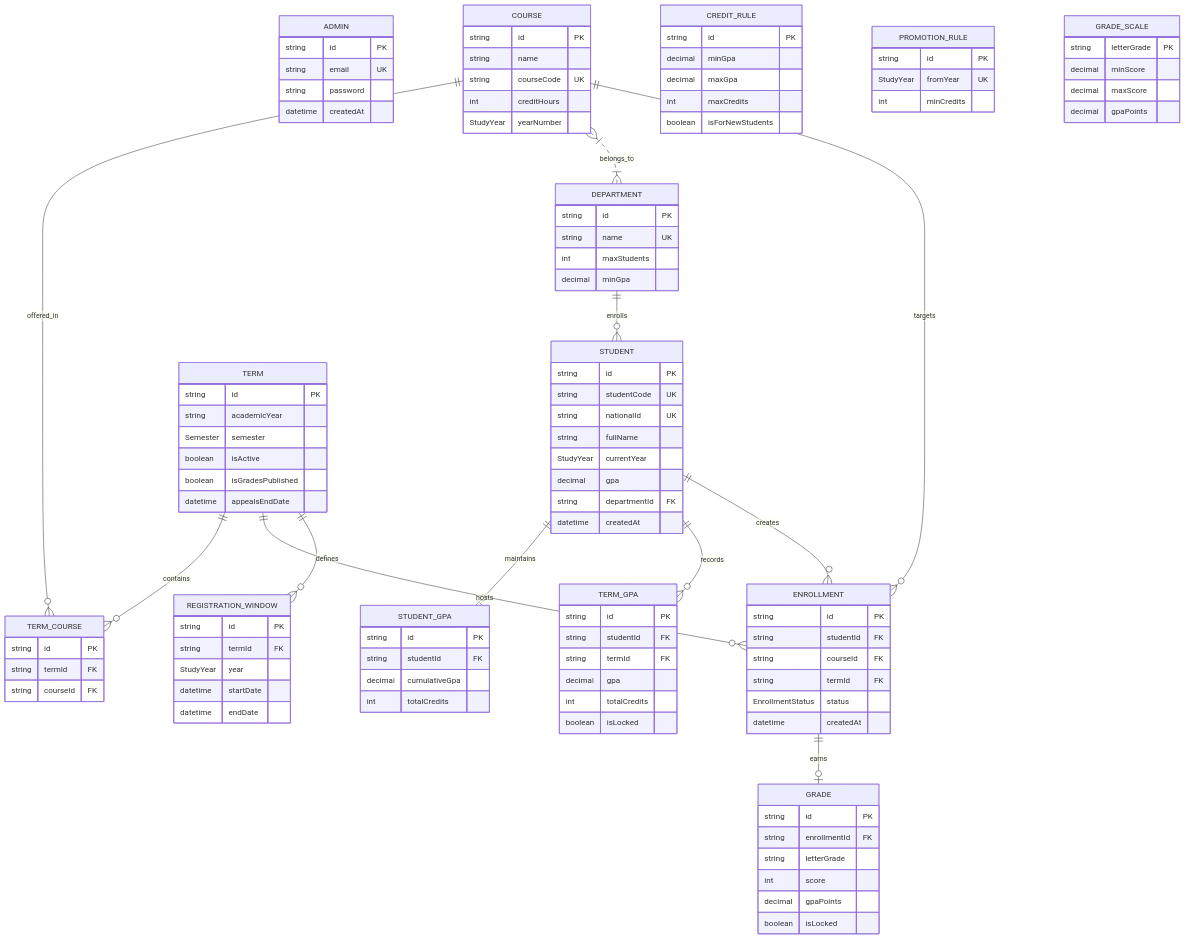
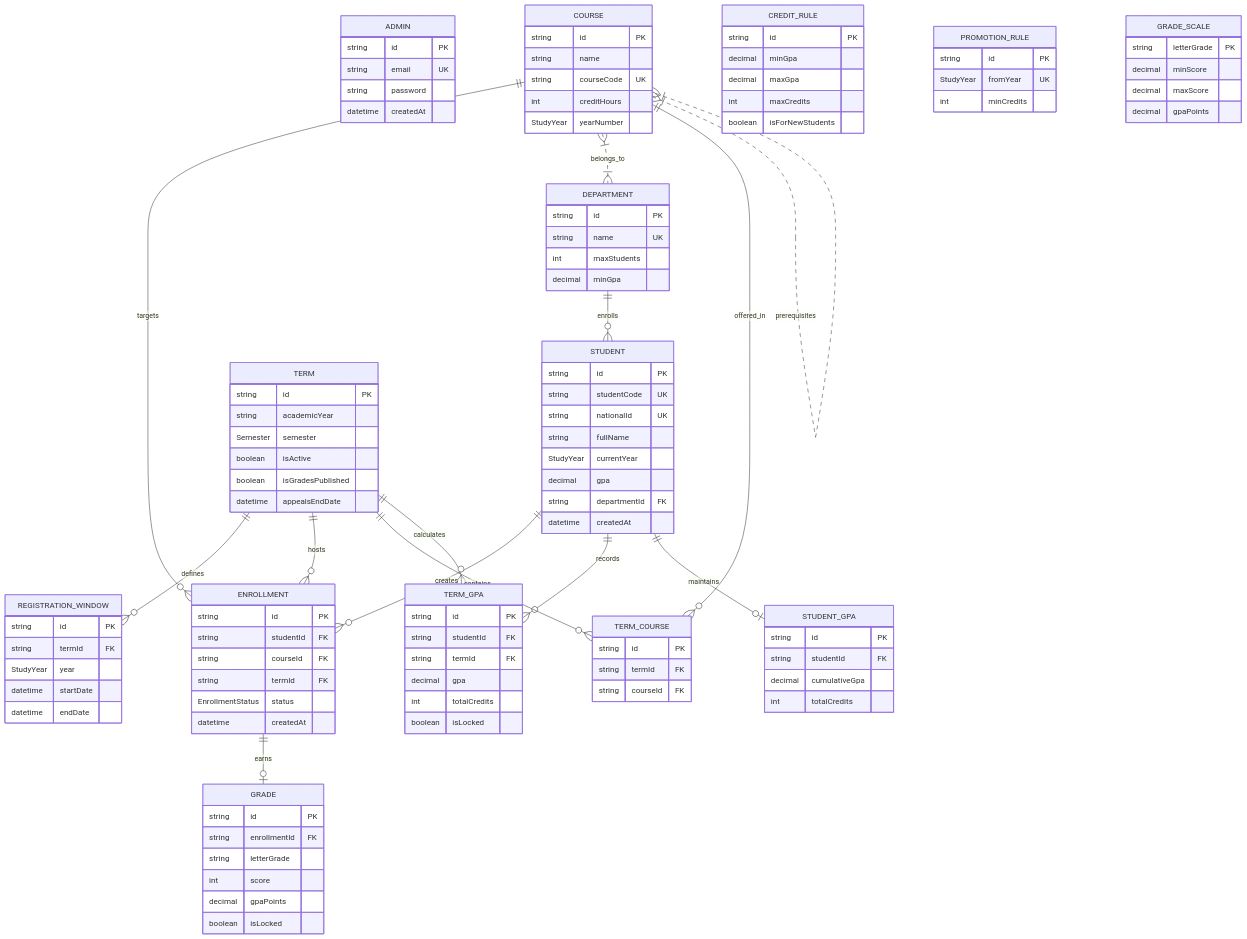
One commit to mohamedkamalawad7407-ua/university-system changed the first of 3 diagrams in README.md. Above: the diagram before and after it, drawn with Mermaid. The commit also changed 1 other file, not shown here.

Commit message:
docs: add missing relationships (prerequisites, term to termGpa) to ERD

````diff
--- a/README.md
+++ b/README.md
@@ -167,4 +167,6 @@
     COURSE }|..|{ DEPARTMENT : "belongs_to"
     TERM ||--o{ TERM_COURSE : "contains"
     COURSE ||--o{ TERM_COURSE : "offered_in"
+    COURSE }|..|{ COURSE : "prerequisites"
+    TERM ||--o{ TERM_GPA : "calculates"
 ```
````
